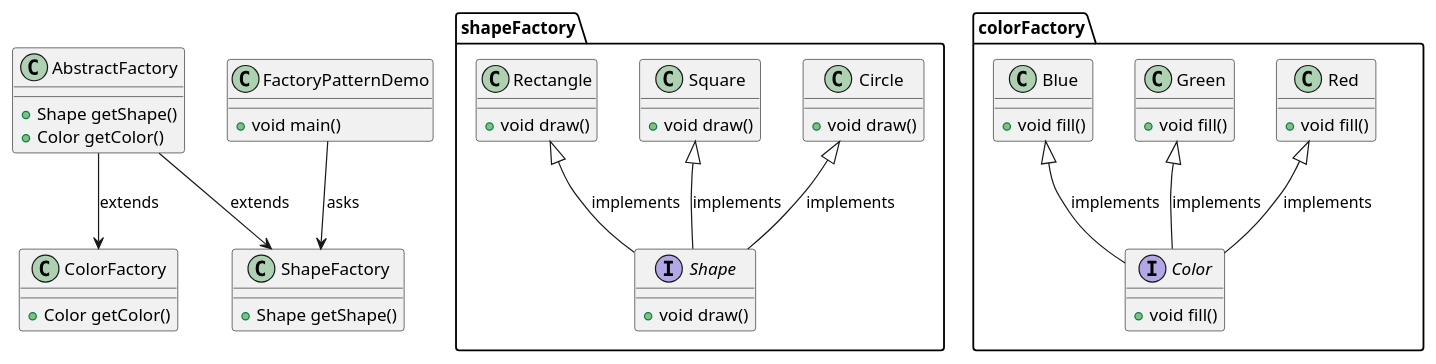
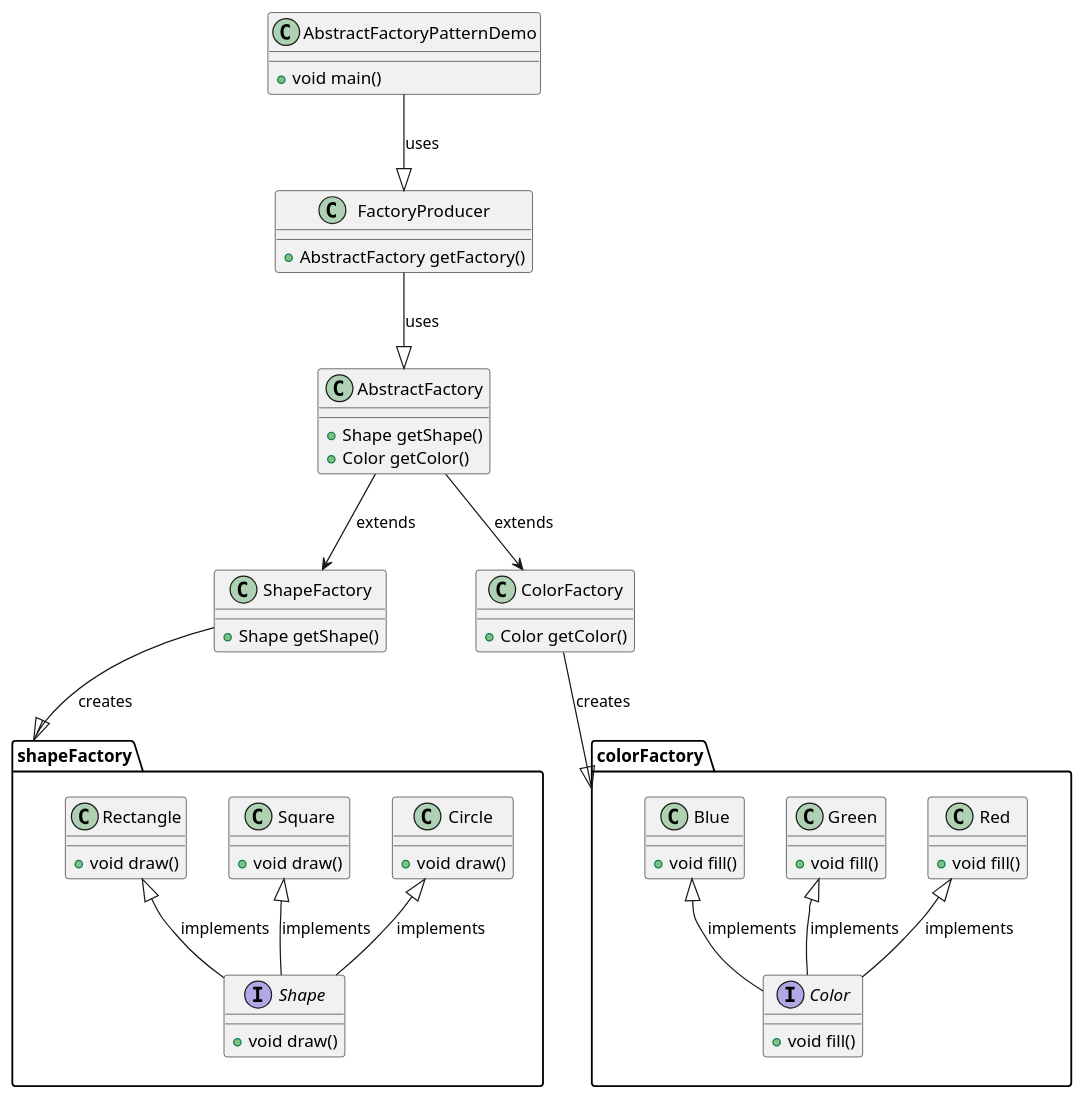
Before and after one commit to jinelei/rainbow: the diagram in design-partten/src/abstractfactory/abstract-factory.puml, drawn with PlantUML.

Commit message:
添加抽象工厂模式

```diff
--- a/design-partten/src/abstractfactory/abstract-factory.puml
+++ b/design-partten/src/abstractfactory/abstract-factory.puml
@@ -1,75 +1,83 @@
 @startuml
 
 package shapeFactory{
 
     interface Shape {
         +void draw()
     }
 
     class Circle {
         +void draw()
     }
 
     class Square {
         +void draw()
     }
 
     class Rectangle {
         +void draw()
     }
 
     Circle <|-- Shape: implements
     Square <|-- Shape: implements
     Rectangle <|-- Shape: implements
 
 }
 
 package colorFactory{
 
     interface Color {
         +void fill()
     }
 
     class Red {
         +void fill()
     }
 
     class Green {
         +void fill()
     }
 
     class Blue {
         +void fill()
     }
 
     Red <|-- Color: implements
     Green <|-- Color: implements
     Blue <|-- Color: implements
 
 }
 
 class ShapeFactory {
     +Shape getShape()
 }
 
 class ColorFactory {
     +Color getColor()
 }
 
+ShapeFactory --|> shapeFactory: creates
+ColorFactory --|> colorFactory: creates
+
 class AbstractFactory {
     +Shape getShape()
     +Color getColor()
 }
 
 AbstractFactory --> ShapeFactory: extends
 AbstractFactory --> ColorFactory: extends
 
+class FactoryProducer {
+    +AbstractFactory getFactory()
+}
 
-class FactoryPatternDemo {
+FactoryProducer --|> AbstractFactory: uses
+
+class AbstractFactoryPatternDemo {
     +void main()
 }
 
-FactoryPatternDemo --> ShapeFactory: asks
+AbstractFactoryPatternDemo --|> FactoryProducer: uses
 
 
 @enduml
```
